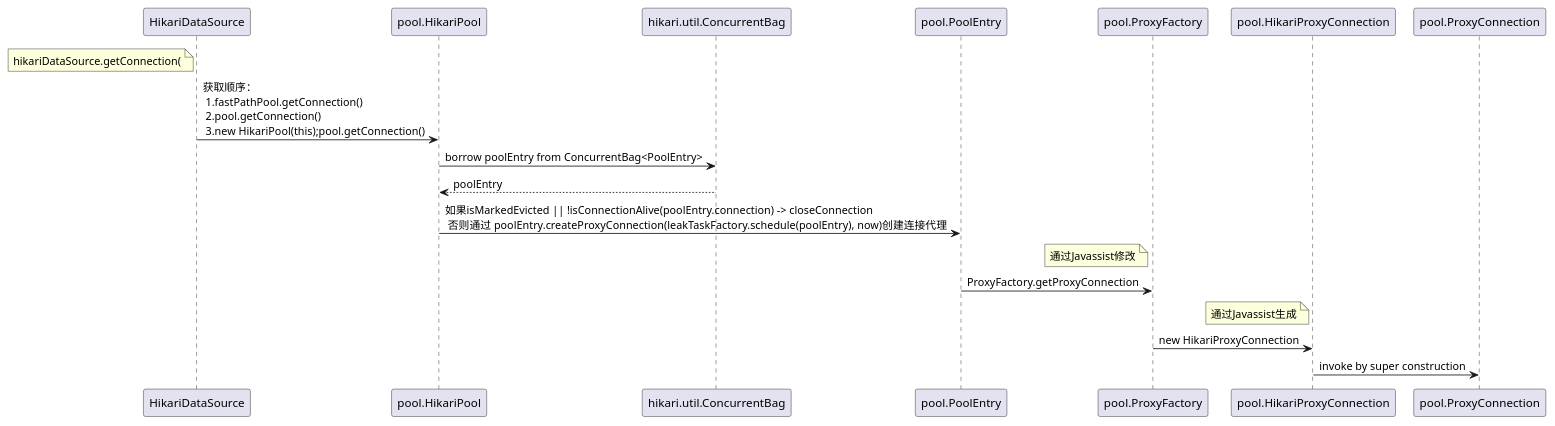
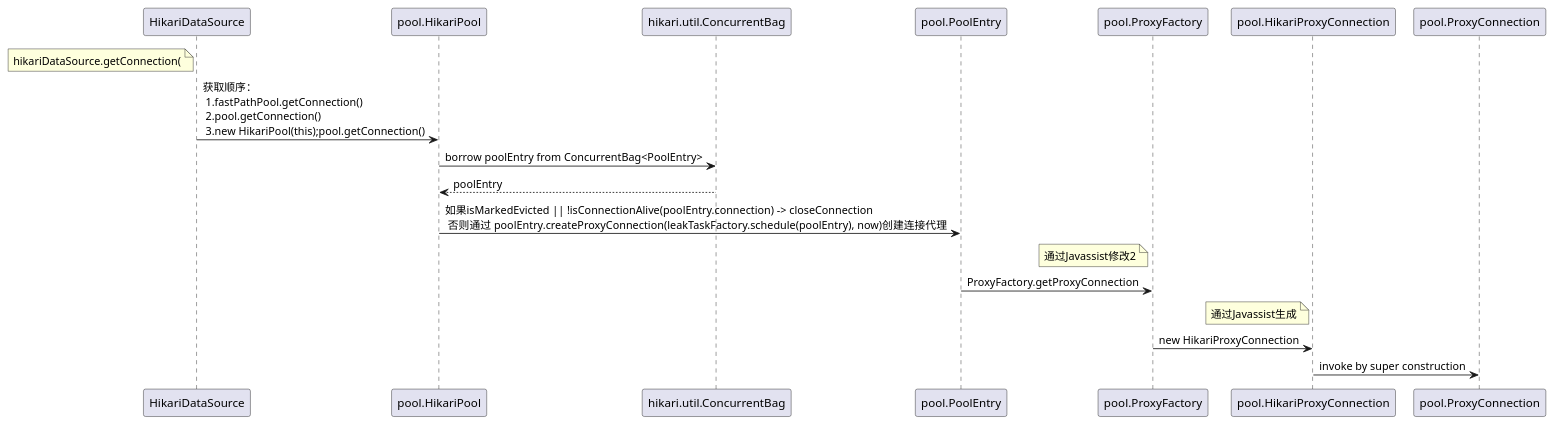
The diagram in uml/hikariCP-connection-diagram.puml (CasimirYang/demoframework), drawn with PlantUML before and after one commit. The commit also changed 6 other files, not shown here.

```diff
--- a/uml/hikariCP-connection-diagram.puml
+++ b/uml/hikariCP-connection-diagram.puml
@@ -1,12 +1,12 @@
 @startuml
 note left of HikariDataSource: hikariDataSource.getConnection(
 HikariDataSource -> pool.HikariPool: 获取顺序：\n 1.fastPathPool.getConnection() \n 2.pool.getConnection() \n 3.new HikariPool(this);pool.getConnection()
 pool.HikariPool-> hikari.util.ConcurrentBag: borrow poolEntry from ConcurrentBag<PoolEntry>
 hikari.util.ConcurrentBag --> pool.HikariPool: poolEntry
 pool.HikariPool -> pool.PoolEntry: 如果isMarkedEvicted || !isConnectionAlive(poolEntry.connection) -> closeConnection \n 否则通过 poolEntry.createProxyConnection(leakTaskFactory.schedule(poolEntry), now)创建连接代理
-note left of pool.ProxyFactory:通过Javassist修改
+note left of pool.ProxyFactory:通过Javassist修改2
 pool.PoolEntry -> pool.ProxyFactory: ProxyFactory.getProxyConnection
 note left of pool.HikariProxyConnection:通过Javassist生成
 pool.ProxyFactory -> pool.HikariProxyConnection: new HikariProxyConnection
 pool.HikariProxyConnection -> pool.ProxyConnection: invoke by super construction
 @enduml
```
